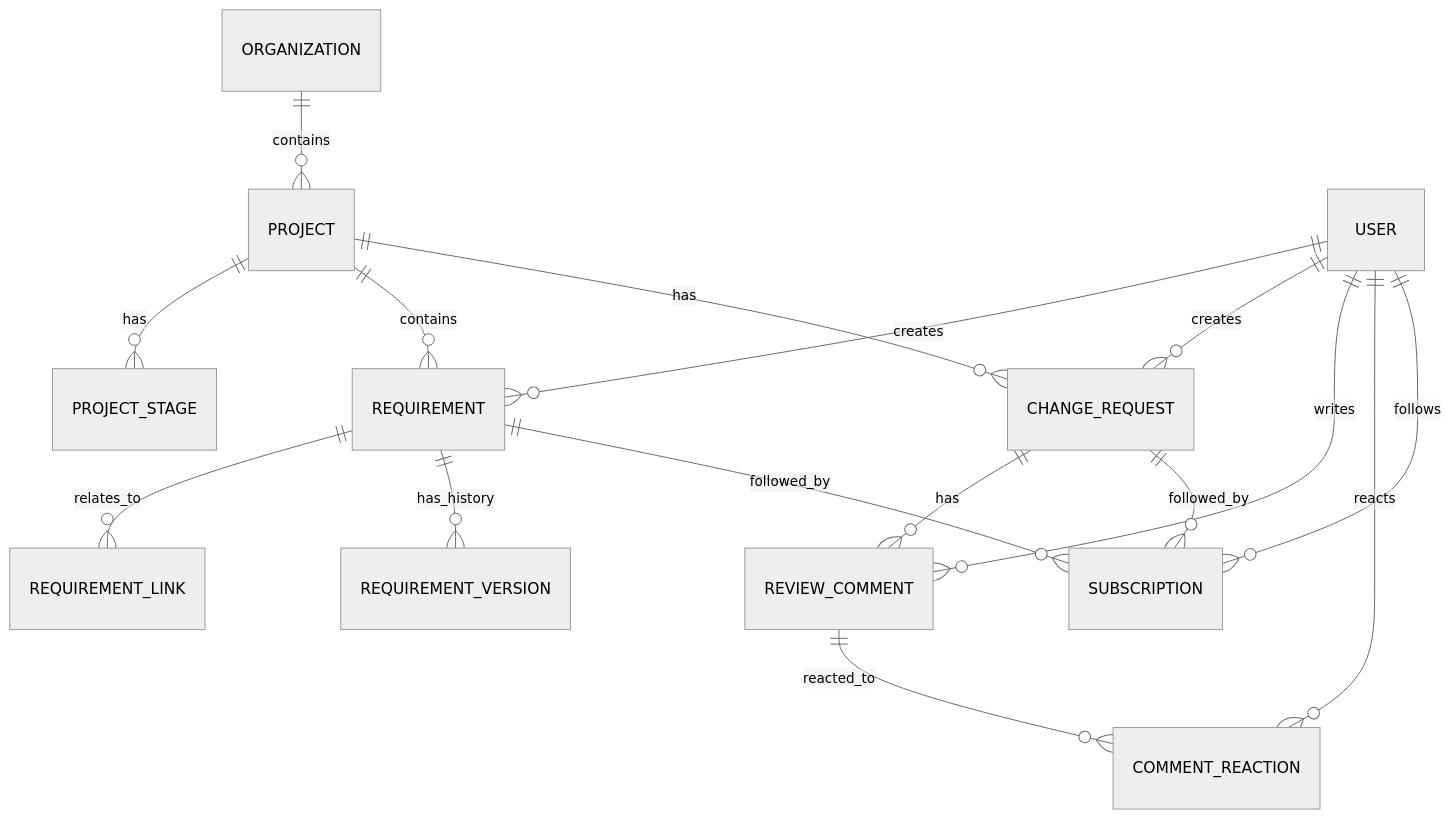
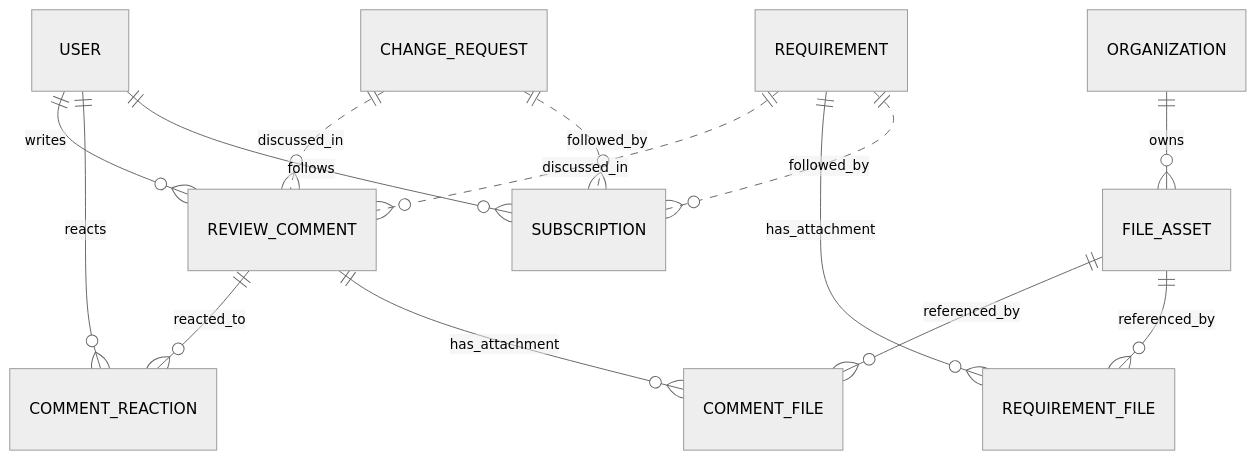
The fifth of 7 diagrams in docs/solution-architecture.md (ballardr/reqtrackmanager), drawn with Mermaid (neutral theme) before and after one commit. The commit also changed other lines of this file and 82 other files, not shown here.

````diff
--- a/docs/solution-architecture.md
+++ b/docs/solution-architecture.md
@@ -252,18 +288,16 @@
 ```mermaid
 erDiagram
-    ORGANIZATION ||--o{ PROJECT : contains
-    PROJECT ||--o{ PROJECT_STAGE : has
-    PROJECT ||--o{ REQUIREMENT : contains
-    PROJECT ||--o{ CHANGE_REQUEST : has
-    REQUIREMENT ||--o{ REQUIREMENT_LINK : relates_to
-    REQUIREMENT ||--o{ REQUIREMENT_VERSION : has_history
-    CHANGE_REQUEST ||--o{ REVIEW_COMMENT : has
+    USER ||--o{ REVIEW_COMMENT : writes
+    REQUIREMENT ||..o{ REVIEW_COMMENT : discussed_in
+    CHANGE_REQUEST ||..o{ REVIEW_COMMENT : discussed_in
     REVIEW_COMMENT ||--o{ COMMENT_REACTION : reacted_to
-    USER ||--o{ REQUIREMENT : creates
-    USER ||--o{ CHANGE_REQUEST : creates
-    USER ||--o{ REVIEW_COMMENT : writes
     USER ||--o{ COMMENT_REACTION : reacts
+    REVIEW_COMMENT ||--o{ COMMENT_FILE : has_attachment
+    FILE_ASSET ||--o{ COMMENT_FILE : referenced_by
+    REQUIREMENT ||--o{ REQUIREMENT_FILE : has_attachment
+    FILE_ASSET ||--o{ REQUIREMENT_FILE : referenced_by
+    ORGANIZATION ||--o{ FILE_ASSET : owns
     USER ||--o{ SUBSCRIPTION : follows
-    REQUIREMENT ||--o{ SUBSCRIPTION : followed_by
-    CHANGE_REQUEST ||--o{ SUBSCRIPTION : followed_by
+    REQUIREMENT ||..o{ SUBSCRIPTION : followed_by
+    CHANGE_REQUEST ||..o{ SUBSCRIPTION : followed_by
 ```
````
